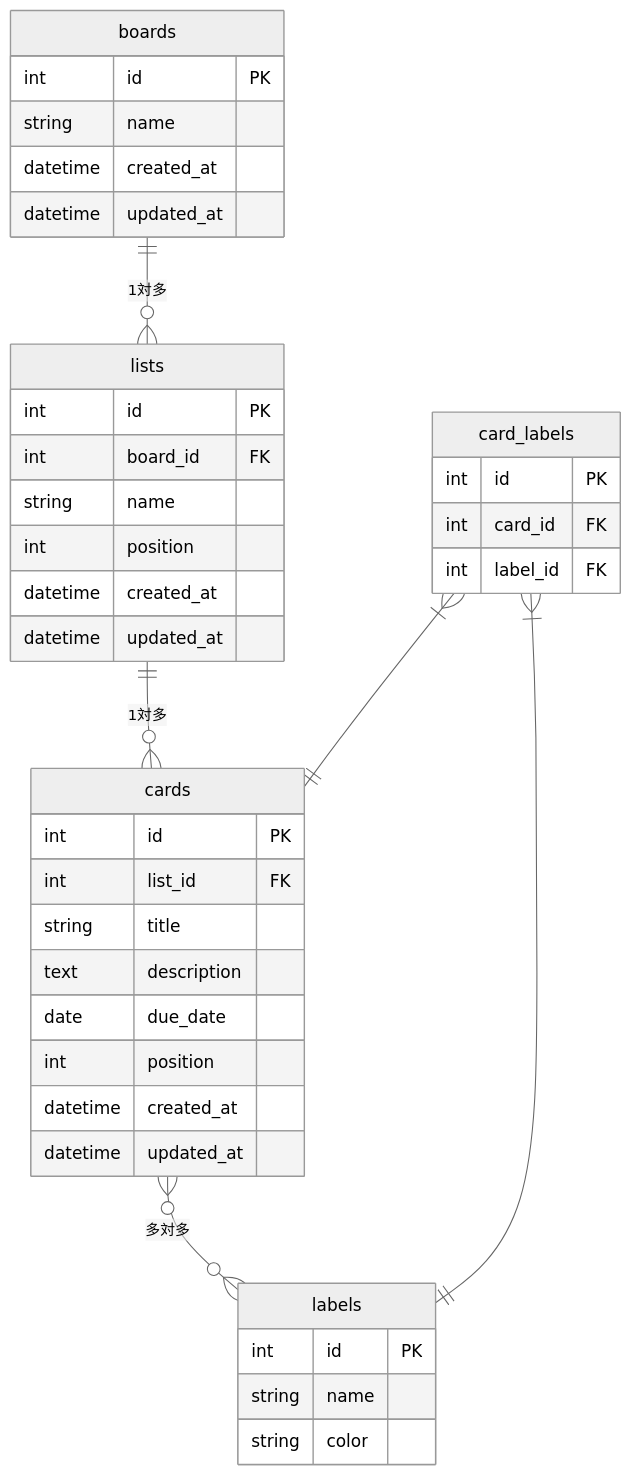
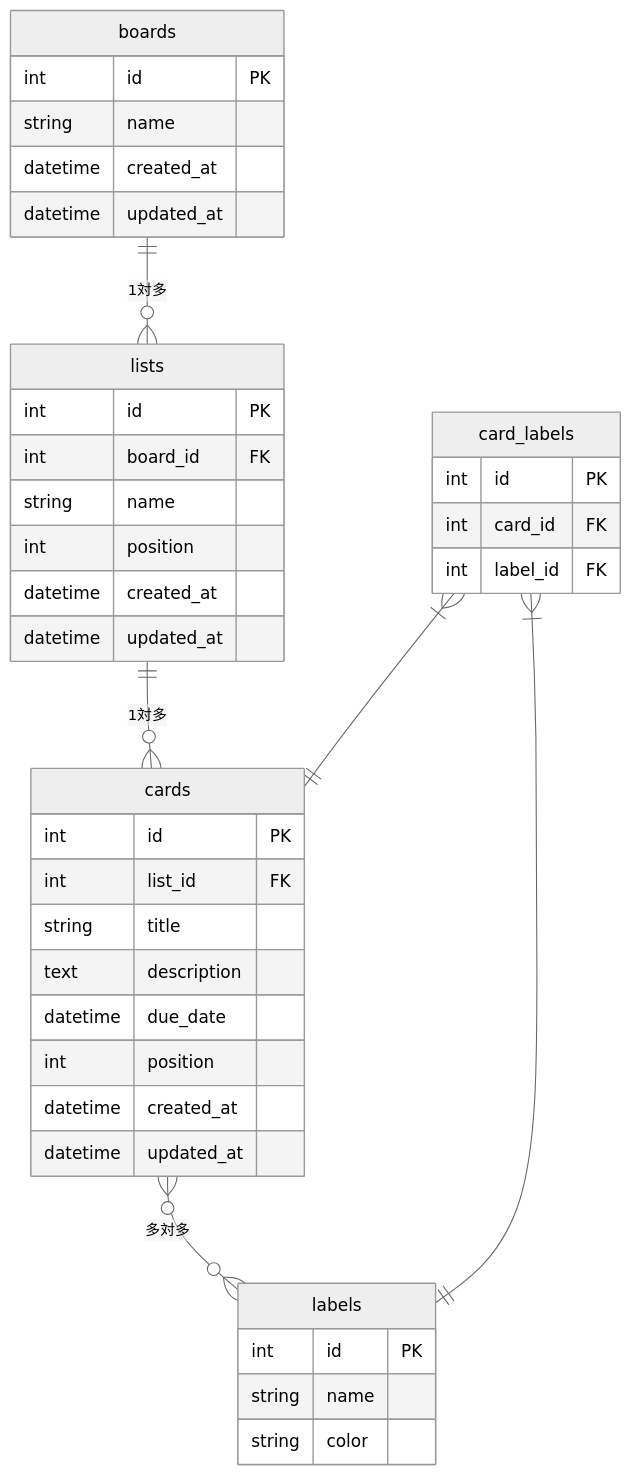
The diagram in docs/database-design.md (kobochan01/FirstTaskManager), drawn with Mermaid (neutral theme) before and after one commit. The commit also changed other lines of this file and 2 other files, not shown here.

````diff
--- a/docs/database-design.md
+++ b/docs/database-design.md
@@ -5,47 +5,47 @@
 ```mermaid
 erDiagram
     boards {
         int id PK
         string name
         datetime created_at
         datetime updated_at
     }
 
     lists {
         int id PK
         int board_id FK
         string name
         int position
         datetime created_at
         datetime updated_at
     }
 
     cards {
         int id PK
         int list_id FK
         string title
         text description
-        date due_date
+        datetime due_date
         int position
         datetime created_at
         datetime updated_at
     }
 
     labels {
         int id PK
         string name
         string color
     }
 
     card_labels {
         int id PK
         int card_id FK
         int label_id FK
     }
 
     boards ||--o{ lists : "1対多"
     lists ||--o{ cards : "1対多"
     cards }o--o{ labels : "多対多"
     card_labels }|--|| cards : ""
     card_labels }|--|| labels : ""
 ```
````
